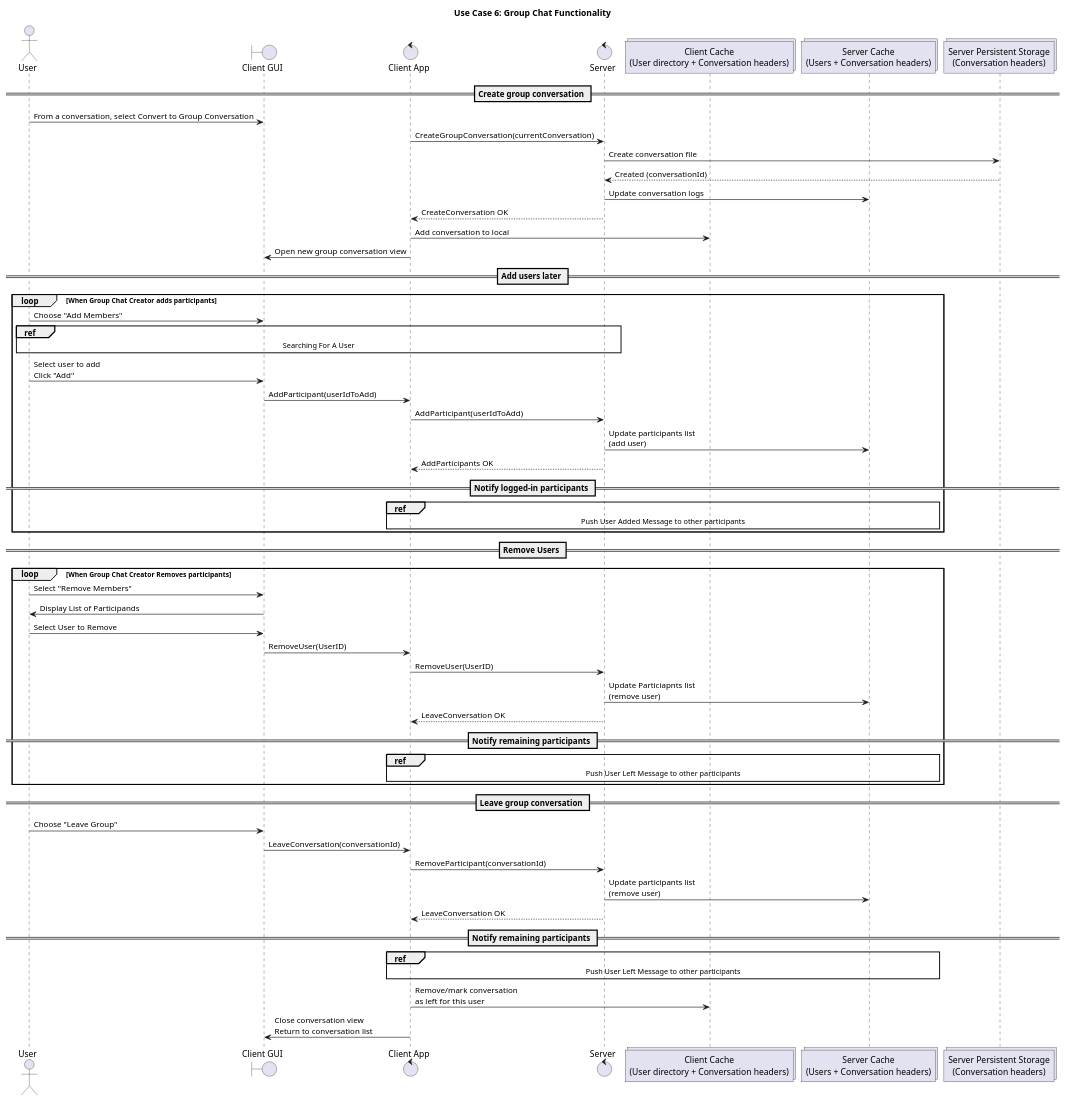
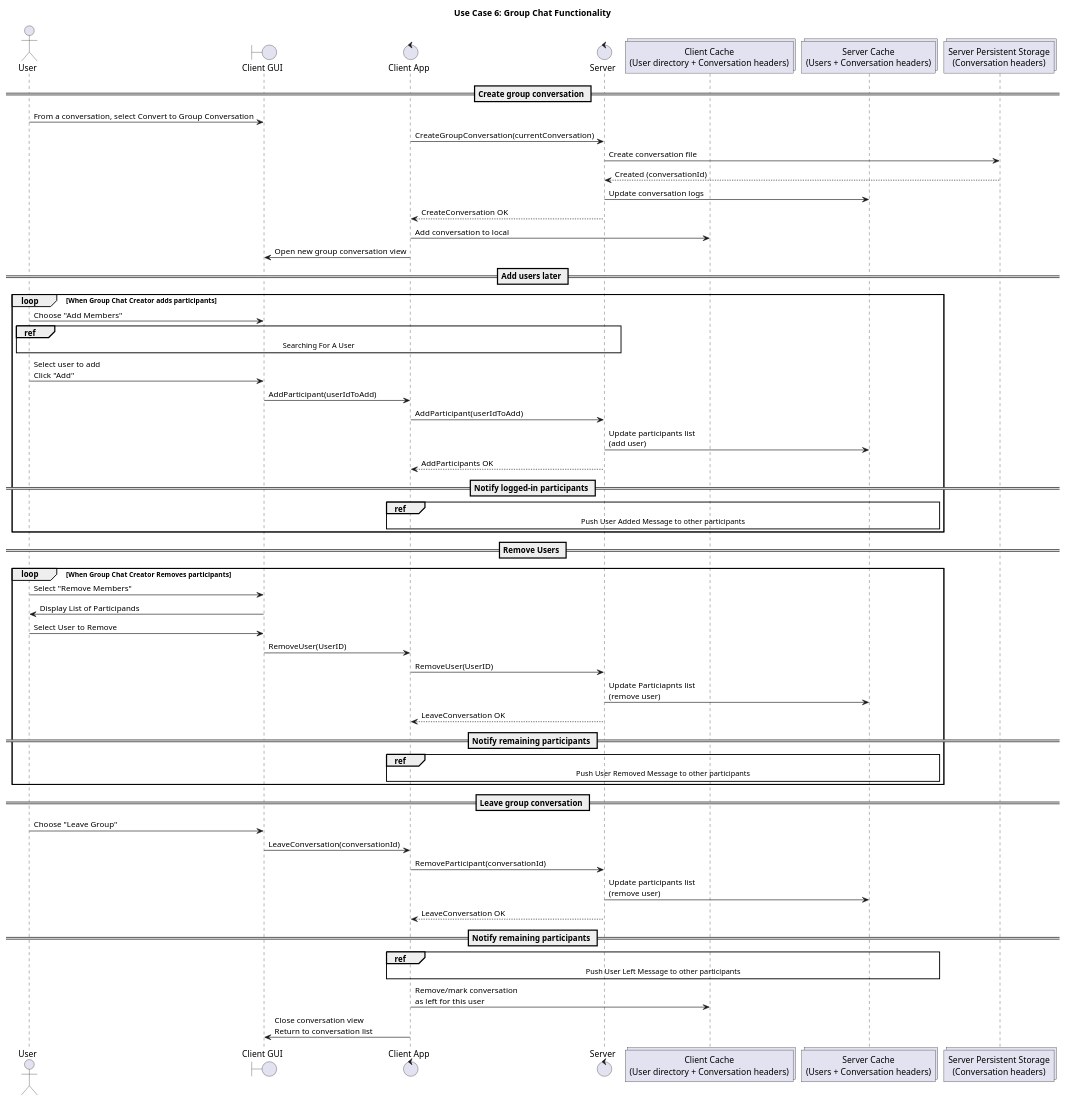
The diagram in docs/diagrams/SequenceDiagrams/6-GroupChatFunctions.puml (NubezVilla/CS_401_Group_1), drawn with PlantUML before and after one commit.

Commit message:
Update message for user removal in group chat diagram

```diff
--- a/docs/diagrams/SequenceDiagrams/6-GroupChatFunctions.puml
+++ b/docs/diagrams/SequenceDiagrams/6-GroupChatFunctions.puml
@@ -1,66 +1,66 @@
 @startuml
 title Use Case 6: Group Chat Functionality
 
 actor User
 boundary GUI as "Client GUI"
 control Client as "Client App"
 control Server as "Server"
 collections ClientCache as "Client Cache\n(User directory + Conversation headers)"
 collections Cache as "Server Cache\n(Users + Conversation headers)"
 collections Store as "Server Persistent Storage\n(Conversation headers)"
 
 == Create group conversation ==
 User -> GUI: From a conversation, select Convert to Group Conversation
 
 Client -> Server: CreateGroupConversation(currentConversation)
 Server -> Store: Create conversation file
 Store --> Server: Created (conversationId)
 Server -> Cache: Update conversation logs
 Server --> Client: CreateConversation OK
 
 Client -> ClientCache: Add conversation to local
 Client -> GUI: Open new group conversation view
 
 == Add users later ==
 loop When Group Chat Creator adds participants
   User -> GUI: Choose "Add Members"
   ref over User, GUI, Client, Server: Searching For A User
   User -> GUI: Select user to add\nClick "Add"
   GUI -> Client: AddParticipant(userIdToAdd)
   Client -> Server: AddParticipant(userIdToAdd)
 
   Server -> Cache: Update participants list\n(add user)
 
   Server --> Client: AddParticipants OK
 
   == Notify logged-in participants ==
   ref over Client, Server, Cache : Push User Added Message to other participants 
 end
 == Remove Users ==
 loop When Group Chat Creator Removes participants
  User -> GUI: Select "Remove Members" 
  GUI -> User: Display List of Participands
  User -> GUI: Select User to Remove
  GUI -> Client: RemoveUser(UserID)
  Client -> Server: RemoveUser(UserID)
  Server -> Cache: Update Particiapnts list\n(remove user)
  Server --> Client: LeaveConversation OK
  == Notify remaining participants ==
- ref over Client, Server, Cache : Push User Left Message to other participants 
+ ref over Client, Server, Cache : Push User Removed Message to other participants 
 end
 
 == Leave group conversation ==
 User -> GUI: Choose "Leave Group"
 GUI -> Client: LeaveConversation(conversationId)
 Client -> Server: RemoveParticipant(conversationId)
 
 Server -> Cache: Update participants list\n(remove user)
 Server --> Client: LeaveConversation OK
 
 == Notify remaining participants ==
 ref over Client, Server, Cache : Push User Left Message to other participants 
 
 
 Client -> ClientCache: Remove/mark conversation\nas left for this user
 Client -> GUI: Close conversation view\nReturn to conversation list
 @enduml
```
